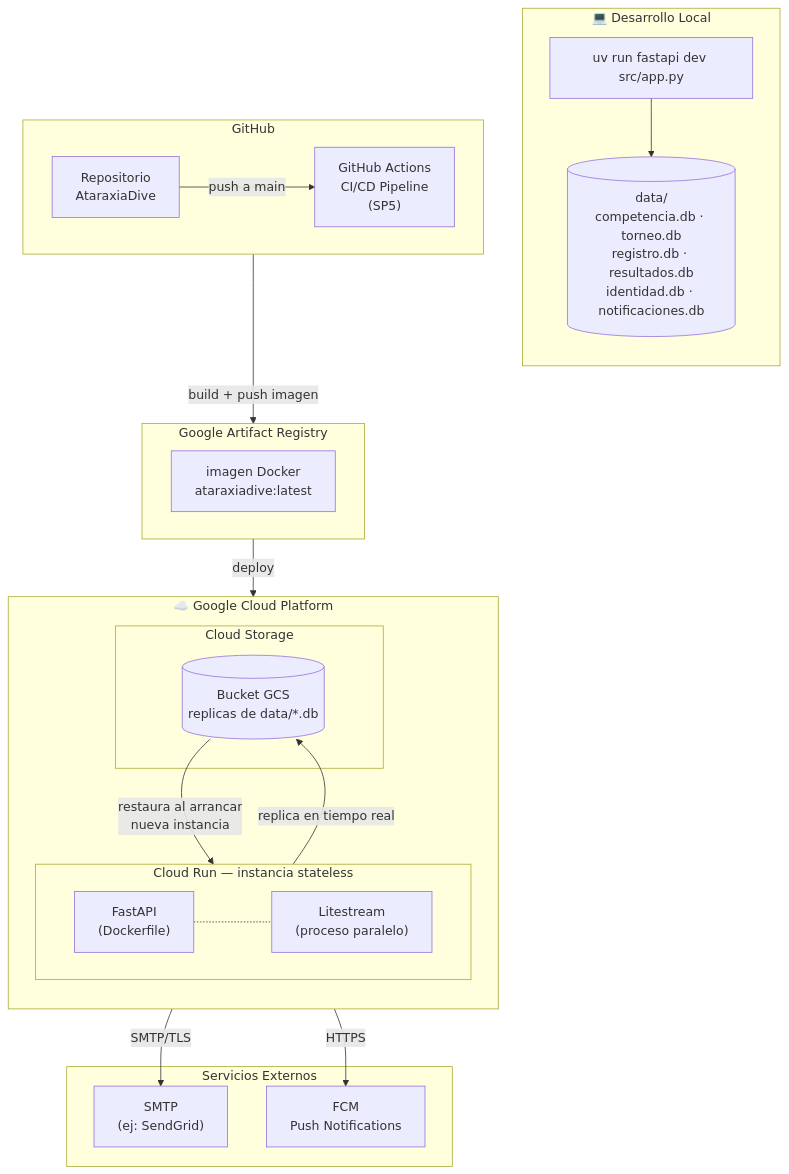
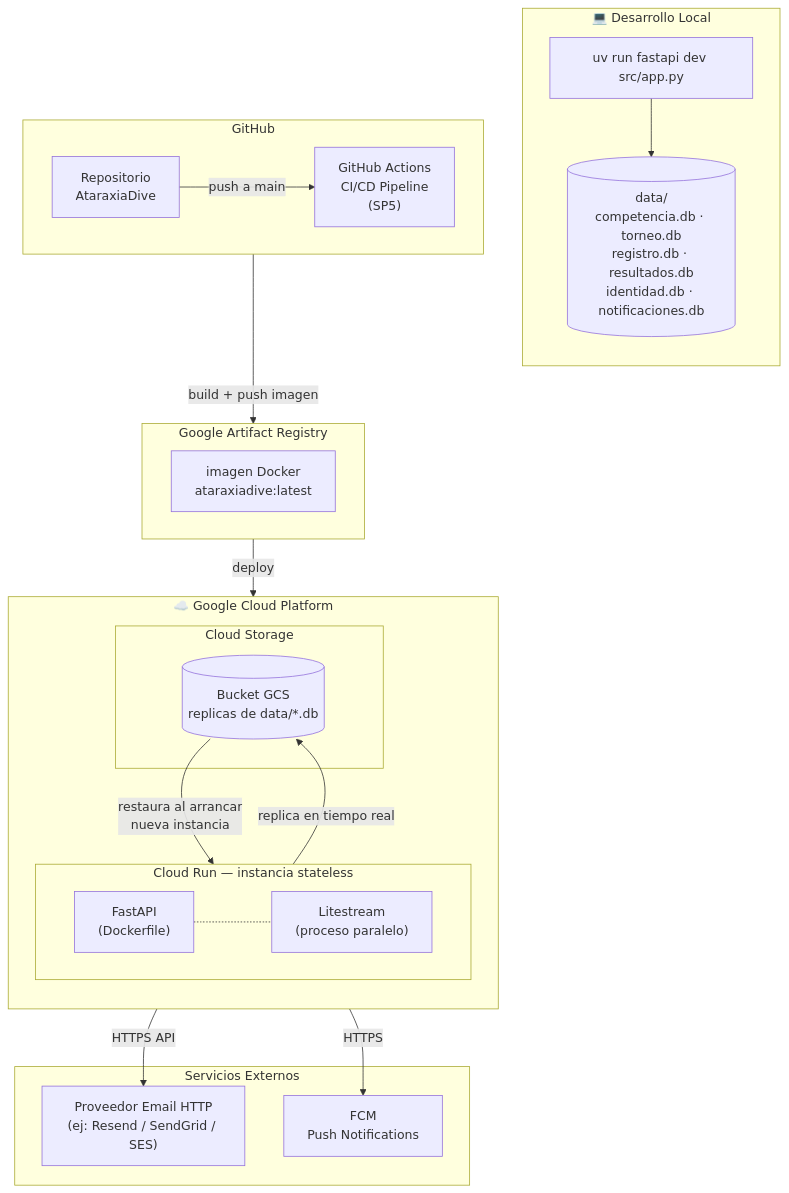
The fifth of 5 diagrams in docs/design/architecture.md (vvalotto/ataraxiadive), drawn with Mermaid before and after one commit. The commit also changed other lines of this file and 16 other files, not shown here.

````diff
--- a/docs/design/architecture.md
+++ b/docs/design/architecture.md
@@ -346,45 +346,45 @@
 ```mermaid
 graph TB
     subgraph DEV["💻 Desarrollo Local"]
         direction TB
         DEV_CMD["uv run fastapi dev src/app.py"]
         DEV_DB[("data/\ncompetencia.db · torneo.db\nregistro.db · resultados.db\nidentidad.db · notificaciones.db")]
         DEV_CMD --> DEV_DB
     end
 
     subgraph GH["GitHub"]
         direction LR
         REPO["Repositorio\nAtaraxiaDive"]
         GHA["GitHub Actions\nCI/CD Pipeline\n(SP5)"]
         REPO -->|"push a main"| GHA
     end
 
     subgraph GAR["Google Artifact Registry"]
         IMG["imagen Docker\nataraxiadive:latest"]
     end
 
     subgraph GCP["☁️ Google Cloud Platform"]
         direction TB
         subgraph CR["Cloud Run — instancia stateless"]
             direction LR
             APP["FastAPI\n(Dockerfile)"]
             LS["Litestream\n(proceso paralelo)"]
             APP -.- LS
         end
         subgraph GCS["Cloud Storage"]
             BUCKET[("Bucket GCS\nreplicas de data/*.db")]
         end
         LS -->|"replica en tiempo real"| BUCKET
         BUCKET -->|"restaura al arrancar\nnueva instancia"| LS
     end
 
     subgraph EXT["Servicios Externos"]
-        SMTP["SMTP\n(ej: SendGrid)"]
+        SMTP["Proveedor Email HTTP\n(ej: Resend / SendGrid / SES)"]
         FCM["FCM\nPush Notifications"]
     end
 
     GHA -->|"build + push imagen"| GAR
     GAR -->|"deploy"| CR
-    APP -->|"SMTP/TLS"| SMTP
+    APP -->|"HTTPS API"| SMTP
     APP -->|"HTTPS"| FCM
 ```
````
